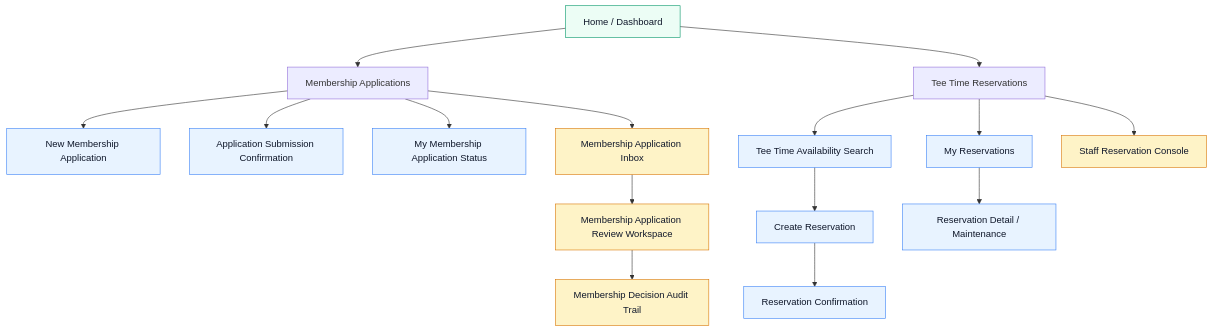
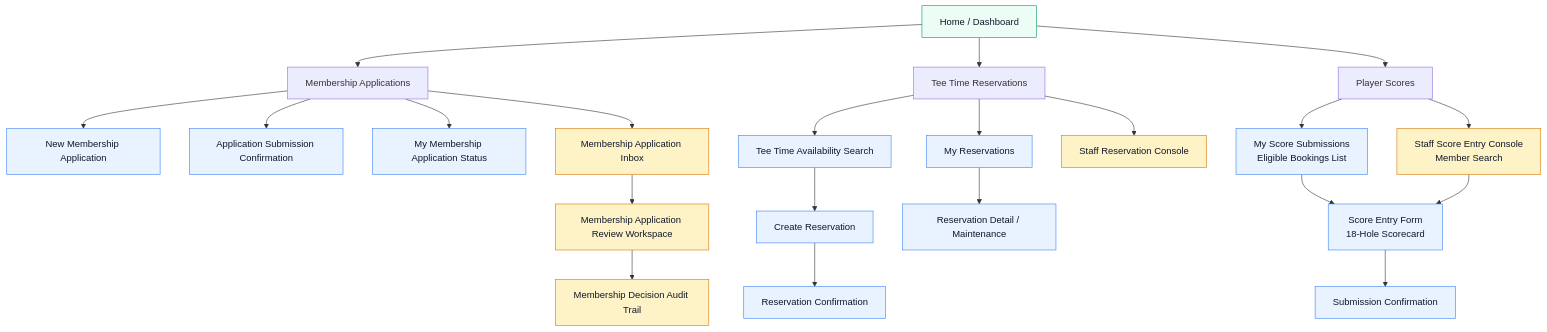
One commit to alwon1/ClubBaist-test changed the first of 3 diagrams in docs/30-ui-planning/02-proposed-ui-diagrams.md. Above: the diagram before and after it, drawn with Mermaid.

Commit message:
docs: update site map to include Player Scores navigation section

````diff
--- a/docs/30-ui-planning/02-proposed-ui-diagrams.md
+++ b/docs/30-ui-planning/02-proposed-ui-diagrams.md
@@ -7,27 +7,34 @@
 ```mermaid
 flowchart TD
     A[Home / Dashboard] --> B[Membership Applications]
     A --> C[Tee Time Reservations]
+    A --> D[Player Scores]
 
     B --> B1[New Membership Application]
     B --> B2[Application Submission Confirmation]
     B --> B3[My Membership Application Status]
     B --> B4[Membership Application Inbox]
     B4 --> B5[Membership Application Review Workspace]
     B5 --> B6[Membership Decision Audit Trail]
 
     C --> C1[Tee Time Availability Search]
     C1 --> C2[Create Reservation]
     C2 --> C3[Reservation Confirmation]
     C --> C4[My Reservations]
     C4 --> C5[Reservation Detail / Maintenance]
     C --> C6[Staff Reservation Console]
 
+    D --> D1[My Score Submissions\nEligible Bookings List]
+    D1 --> D2[Score Entry Form\n18-Hole Scorecard]
+    D2 --> D3[Submission Confirmation]
+    D --> D4[Staff Score Entry Console\nMember Search]
+    D4 --> D2
+
     classDef member fill:#E8F3FF,stroke:#3B82F6,color:#0F172A;
     classDef admin fill:#FEF3C7,stroke:#D97706,color:#0F172A;
     classDef shared fill:#ECFDF5,stroke:#059669,color:#0F172A;
 
     class A shared;
-    class B1,B2,B3,C1,C2,C3,C4,C5 member;
-    class B4,B5,B6,C6 admin;
+    class B1,B2,B3,C1,C2,C3,C4,C5,D1,D2,D3 member;
+    class B4,B5,B6,C6,D4 admin;
 ```
````
